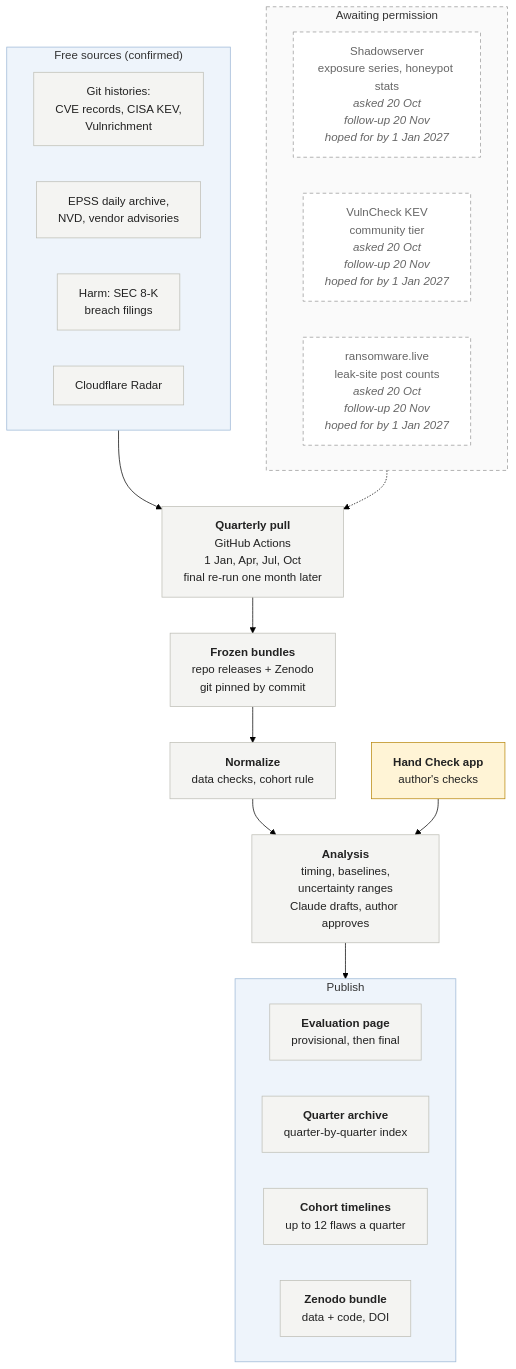
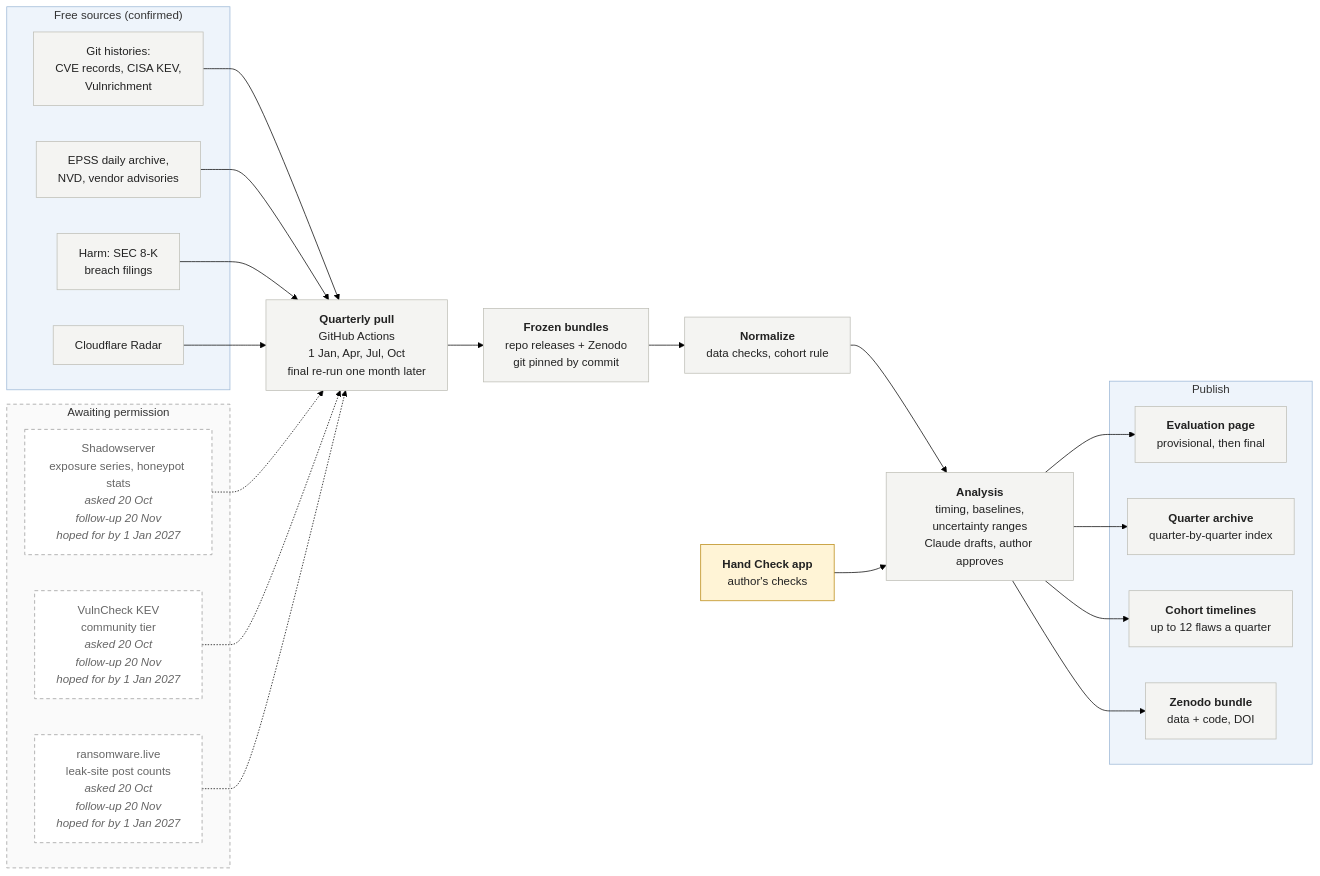
One commit to pagagne/internet-security-snapshot changed the second of 8 diagrams in docs/EVALUATION_FLOW.md. Above: the diagram before and after it, drawn with Mermaid (forest theme). The commit also changed 3 other files, not shown here.

First line of the commit message:
Architecture diagram: left-to-right flow

````diff
--- a/docs/EVALUATION_FLOW.md
+++ b/docs/EVALUATION_FLOW.md
@@ -46,39 +46,47 @@
 ```mermaid
-flowchart TB
+flowchart LR
   subgraph SRC["Free sources (confirmed)"]
     S1["Git histories:<br/>CVE records, CISA KEV,<br/>Vulnrichment"]
     S2["EPSS daily archive,<br/>NVD, vendor advisories"]
     S3["Harm: SEC 8-K<br/>breach filings"]
     S4["Cloudflare Radar"]
   end
   subgraph WAIT["Awaiting permission"]
     P1["Shadowserver<br/>exposure series, honeypot stats<br/><i>asked 20 Oct<br/>follow-up 20 Nov<br/>hoped for by 1 Jan 2027</i>"]
     P2["VulnCheck KEV<br/>community tier<br/><i>asked 20 Oct<br/>follow-up 20 Nov<br/>hoped for by 1 Jan 2027</i>"]
     P3["ransomware.live<br/>leak-site post counts<br/><i>asked 20 Oct<br/>follow-up 20 Nov<br/>hoped for by 1 Jan 2027</i>"]
   end
   PULL["<b>Quarterly pull</b><br/>GitHub Actions<br/>1 Jan, Apr, Jul, Oct<br/>final re-run one month later"]
   STORE["<b>Frozen bundles</b><br/>repo releases + Zenodo<br/>git pinned by commit"]
   NORM["<b>Normalize</b><br/>data checks, cohort rule"]
   HAND["<b>Hand Check app</b><br/>author's checks"]
   ANA["<b>Analysis</b><br/>timing, baselines,<br/>uncertainty ranges<br/>Claude drafts, author approves"]
   subgraph PUB["Publish"]
     O1["<b>Evaluation page</b><br/>provisional, then final"]
     O2["<b>Quarter archive</b><br/>quarter-by-quarter index"]
     O3["<b>Cohort timelines</b><br/>up to 12 flaws a quarter"]
     O4["<b>Zenodo bundle</b><br/>data + code, DOI"]
   end
-  SRC --> PULL
-  WAIT -.-> PULL
+  S1 --> PULL
+  S2 --> PULL
+  S3 --> PULL
+  S4 --> PULL
+  P1 -.-> PULL
+  P2 -.-> PULL
+  P3 -.-> PULL
   PULL --> STORE --> NORM --> ANA
   HAND --> ANA
-  ANA --> PUB
+  ANA --> O1
+  ANA --> O2
+  ANA --> O3
+  ANA --> O4
   classDef box fill:#f4f4f2,stroke:#bdbdb5,color:#222
   classDef pending fill:#ffffff,stroke:#999,stroke-dasharray:5 4,color:#666
   classDef you fill:#fff4d6,stroke:#b8860b,color:#222
   class S1,S2,S3,S4,PULL,STORE,NORM,ANA,O1,O2,O3,O4 box
   class P1,P2,P3 pending
   class HAND you
   style WAIT fill:#fafafa,stroke:#999,stroke-dasharray:5 4
   style SRC fill:#eef4fb,stroke:#9bb7d6
   style PUB fill:#eef4fb,stroke:#9bb7d6
 ```
````
